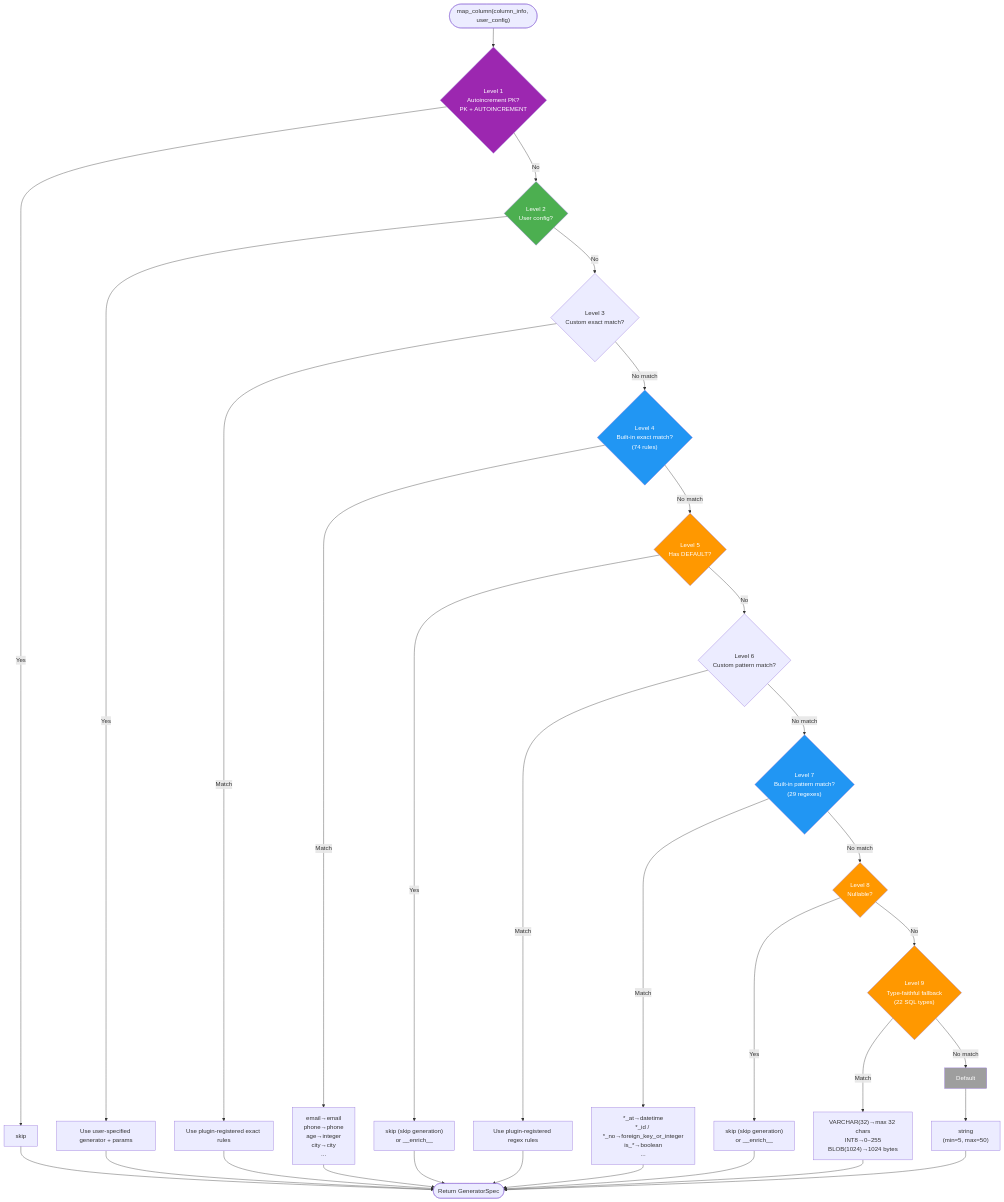
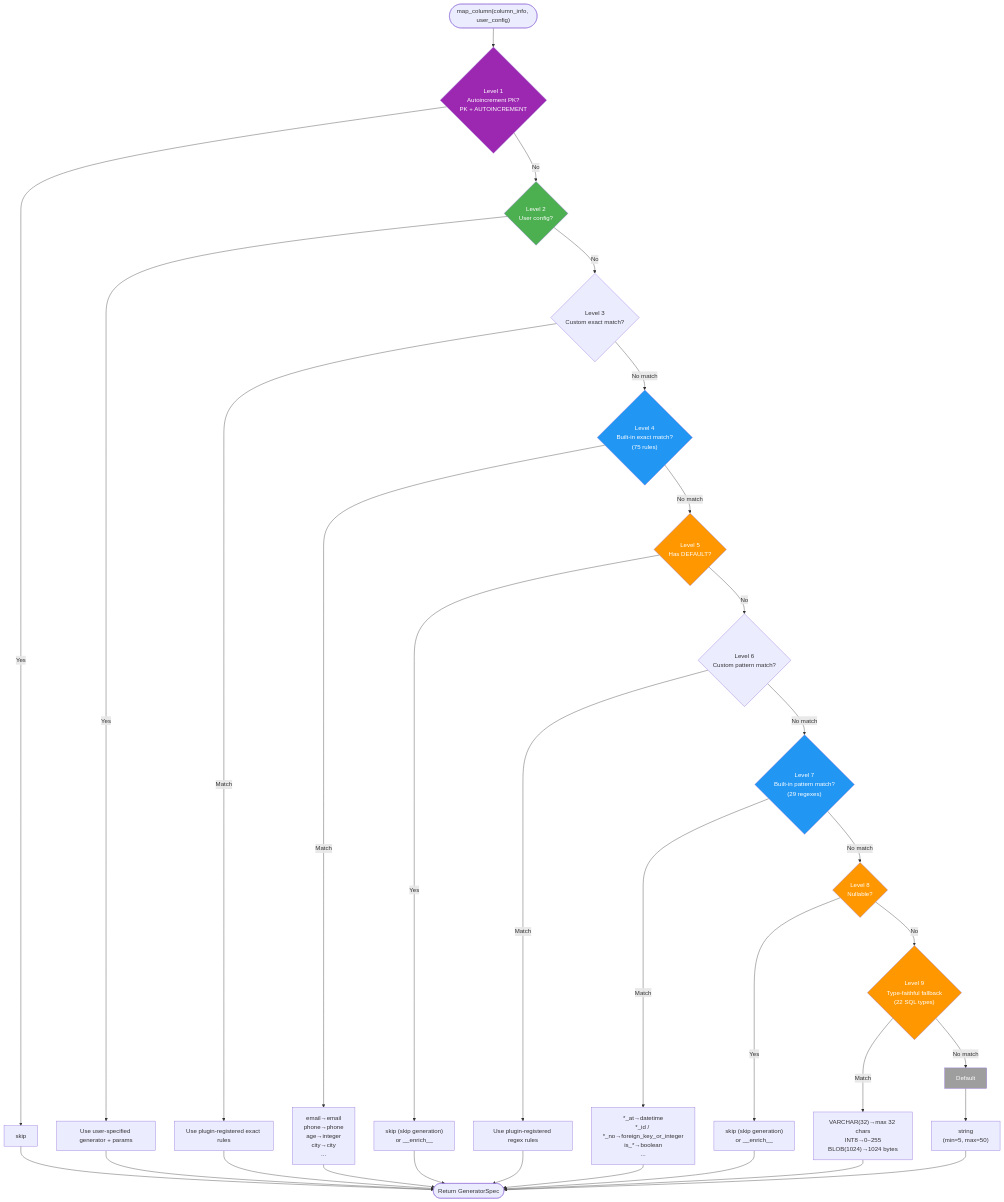
The third of 11 diagrams in docs/architecture.md (sunbos/sqlseed), drawn with Mermaid before and after one commit. The commit also changed 4 other files, not shown here.

First line of the commit message:
fix(mapper): sku and *_no/*_nbr columns map to alphanumeric string (74 -> 75 exact rules)

````diff
--- a/docs/architecture.md
+++ b/docs/architecture.md
@@ -209,53 +209,53 @@
 ```mermaid
 flowchart TD
     Start(["map_column(column_info, user_config)"]) --> L1
 
     L1{"Level 1<br/>Autoincrement PK?<br/>PK + AUTOINCREMENT"} -->|Yes| R1["skip"]
     L1 -->|No| L2
 
     L2{"Level 2<br/>User config?"} -->|Yes| R2["Use user-specified generator + params"]
     L2 -->|No| L3
 
     L3{"Level 3<br/>Custom exact match?"} -->|Match| R3["Use plugin-registered exact rules"]
     L3 -->|No match| L4
 
-    L4{"Level 4<br/>Built-in exact match?<br/>(<!-- BEGIN:AUTO-GENERATED:exact-match-rule-count -->74<!-- END:AUTO-GENERATED:exact-match-rule-count --> rules)"} -->|Match| R4["email→email<br/>phone→phone<br/>age→integer<br/>city→city<br/>..."]
+    L4{"Level 4<br/>Built-in exact match?<br/>(<!-- BEGIN:AUTO-GENERATED:exact-match-rule-count -->75<!-- END:AUTO-GENERATED:exact-match-rule-count --> rules)"} -->|Match| R4["email→email<br/>phone→phone<br/>age→integer<br/>city→city<br/>..."]
     L4 -->|No match| L5
 
     L5{"Level 5<br/>Has DEFAULT?"} -->|Yes| R5["skip (skip generation)<br/>or __enrich__"]
     L5 -->|No| L6
 
     L6{"Level 6<br/>Custom pattern match?"} -->|Match| R6["Use plugin-registered regex rules"]
     L6 -->|No match| L7
 
     L7{"Level 7<br/>Built-in pattern match?<br/>(<!-- BEGIN:AUTO-GENERATED:pattern-match-rule-count -->29<!-- END:AUTO-GENERATED:pattern-match-rule-count --> regexes)"} -->|Match| R7["*_at→datetime<br/>*_id / *_no→foreign_key_or_integer<br/>is_*→boolean<br/>..."]
     L7 -->|No match| L8
 
     L8{"Level 8<br/>Nullable?"} -->|Yes| R8["skip (skip generation)<br/>or __enrich__"]
     L8 -->|No| L9
 
     L9{"Level 9<br/>Type-faithful fallback<br/>(22 SQL types)"} -->|Match| R9["VARCHAR(32)→max 32 chars<br/>INT8→0~255<br/>BLOB(1024)→1024 bytes"]
     L9 -->|No match| L10
 
     L10["Default"] --> R10["string<br/>(min=5, max=50)"]
 
     R1 --> Done(["Return GeneratorSpec"])
     R2 --> Done
     R3 --> Done
     R4 --> Done
     R5 --> Done
     R6 --> Done
     R7 --> Done
     R8 --> Done
     R9 --> Done
     R10 --> Done
 
     style L1 fill:#9C27B0,color:#fff
     style L2 fill:#4CAF50,color:#fff
     style L4 fill:#2196F3,color:#fff
     style L5 fill:#FF9800,color:#fff
     style L7 fill:#2196F3,color:#fff
     style L8 fill:#FF9800,color:#fff
     style L9 fill:#FF9800,color:#fff
     style L10 fill:#9E9E9E,color:#fff
 ```
````
